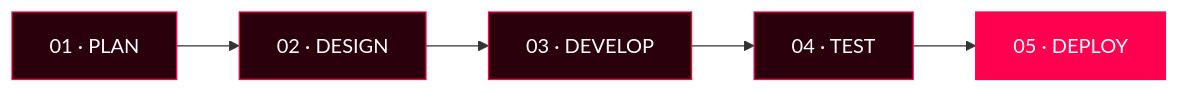
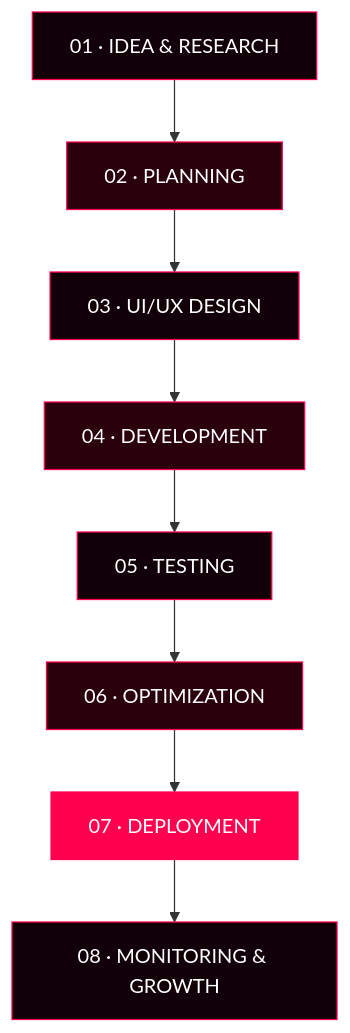
Before and after one commit to Masfiqul01/Masfiqul01: the diagram in README.md, drawn with Mermaid. The commit also changed other lines of this file, not shown here.

````diff
--- a/README.md
+++ b/README.md
@@ -220,13 +407,19 @@
 ```mermaid
-flowchart LR
-    A["01 · PLAN"] --> B["02 · DESIGN"]
-    B --> C["03 · DEVELOP"]
-    C --> D["04 · TEST"]
-    D --> E["05 · DEPLOY"]
+flowchart TD
+    A["01 · IDEA & RESEARCH"] --> B["02 · PLANNING"]
+    B --> C["03 · UI/UX DESIGN"]
+    C --> D["04 · DEVELOPMENT"]
+    D --> E["05 · TESTING"]
+    E --> F["06 · OPTIMIZATION"]
+    F --> G["07 · DEPLOYMENT"]
+    G --> H["08 · MONITORING & GROWTH"]
 
-    style A fill:#2a000d,stroke:#ff014f,color:#ffffff
+    style A fill:#120008,stroke:#ff014f,color:#ffffff
     style B fill:#2a000d,stroke:#ff014f,color:#ffffff
-    style C fill:#2a000d,stroke:#ff014f,color:#ffffff
+    style C fill:#120008,stroke:#ff014f,color:#ffffff
     style D fill:#2a000d,stroke:#ff014f,color:#ffffff
-    style E fill:#ff014f,stroke:#ff014f,color:#ffffff
+    style E fill:#120008,stroke:#ff014f,color:#ffffff
+    style F fill:#2a000d,stroke:#ff014f,color:#ffffff
+    style G fill:#ff014f,stroke:#ff014f,color:#ffffff
+    style H fill:#120008,stroke:#ff014f,color:#ffffff
 ```
````
